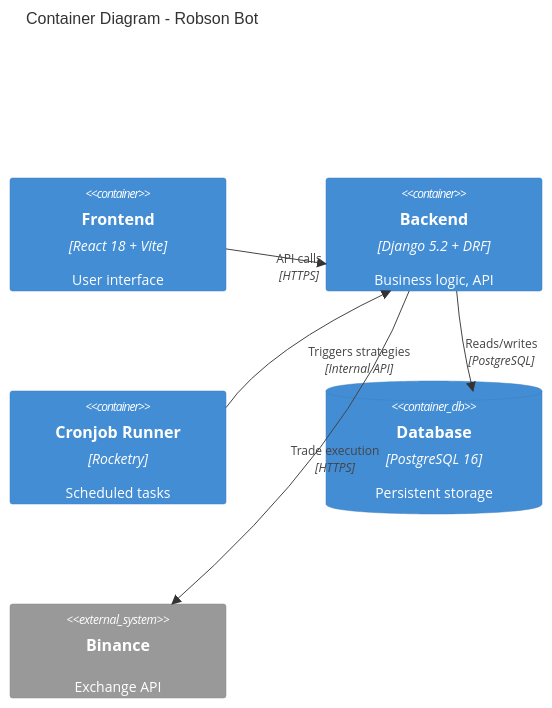
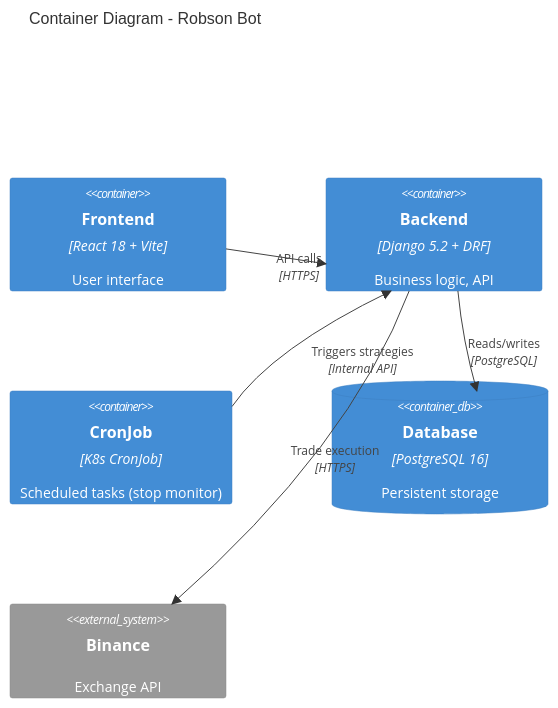
The second of 3 diagrams in docs/AGENTS.md (ldamasio/robson), drawn with Mermaid before and after one commit. The commit also changed 9 other files, not shown here.

First line of the commit message:
chore: remove rocketry and add K8s CronJob for stop monitor

````diff
--- a/docs/AGENTS.md
+++ b/docs/AGENTS.md
@@ -118,16 +118,16 @@
 ```mermaid
 C4Container
     title Container Diagram - Robson Bot
 
     Container(frontend, "Frontend", "React 18 + Vite", "User interface")
     Container(backend, "Backend", "Django 5.2 + DRF", "Business logic, API")
-    Container(cronjob, "Cronjob Runner", "Rocketry", "Scheduled tasks")
+    Container(cronjob, "CronJob", "K8s CronJob", "Scheduled tasks (stop monitor)")
     ContainerDb(database, "Database", "PostgreSQL 16", "Persistent storage")
 
     System_Ext(binance, "Binance", "Exchange API")
 
     Rel(frontend, backend, "API calls", "HTTPS")
     Rel(backend, database, "Reads/writes", "PostgreSQL")
     Rel(backend, binance, "Trade execution", "HTTPS")
     Rel(cronjob, backend, "Triggers strategies", "Internal API")
 ```
````
